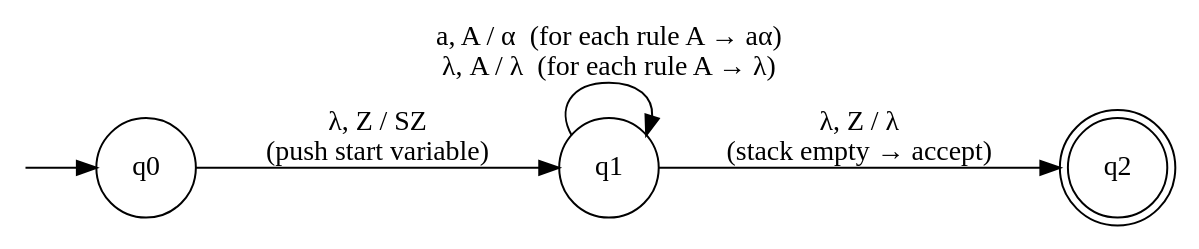
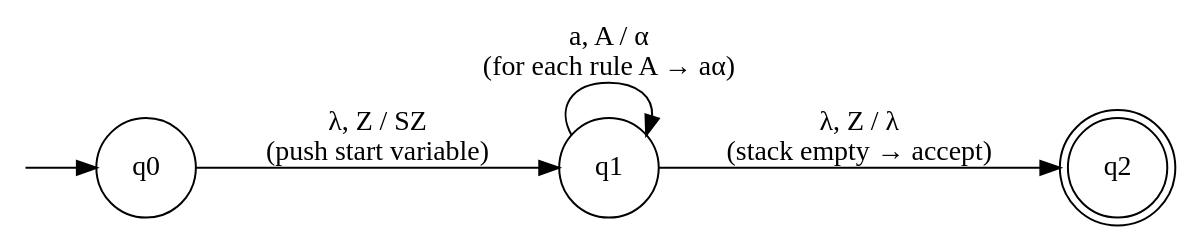
Before and after one commit to w4se05/4lovelyyear: diagram 36 of 38 in Theoratical/TCS_CHEATSHEET_FINAL.md, drawn with Graphviz. The commit also changed other lines of this file and 11 other files, not shown here.

````diff
--- a/Theoratical/TCS_CHEATSHEET_FINAL.md
+++ b/Theoratical/TCS_CHEATSHEET_FINAL.md
@@ -1212,15 +1225,15 @@
 ```dot
 digraph G {
     rankdir=LR;
     node [shape=point, width=0];
     start;
     node [shape=circle];
     q0; q1;
     node [shape=doublecircle];
     q2;
     start -> q0;
     q0 -> q1 [label="λ, Z / SZ\n(push start variable)"];
-    q1 -> q1 [label="a, A / α  (for each rule A → aα)\nλ, A / λ  (for each rule A → λ)"];
+    q1 -> q1 [label="a, A / α\n(for each rule A → aα)"];
     q1 -> q2 [label="λ, Z / λ\n(stack empty → accept)"];
 }
 ```
````
